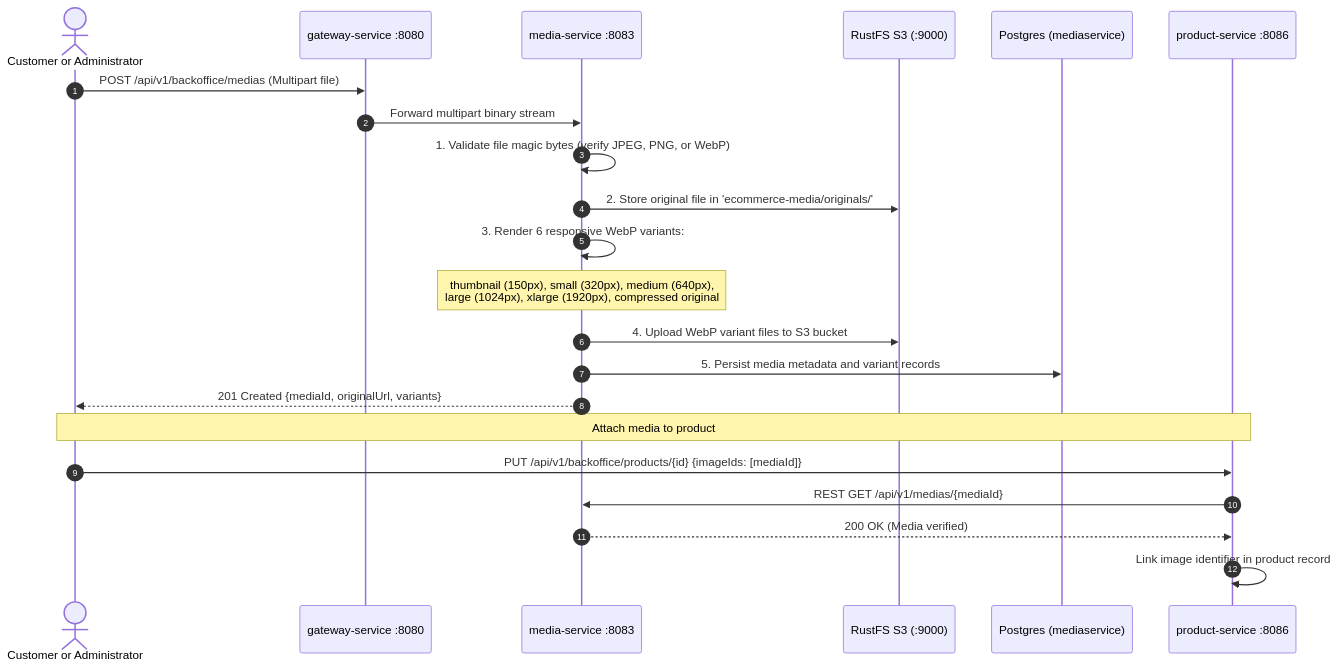
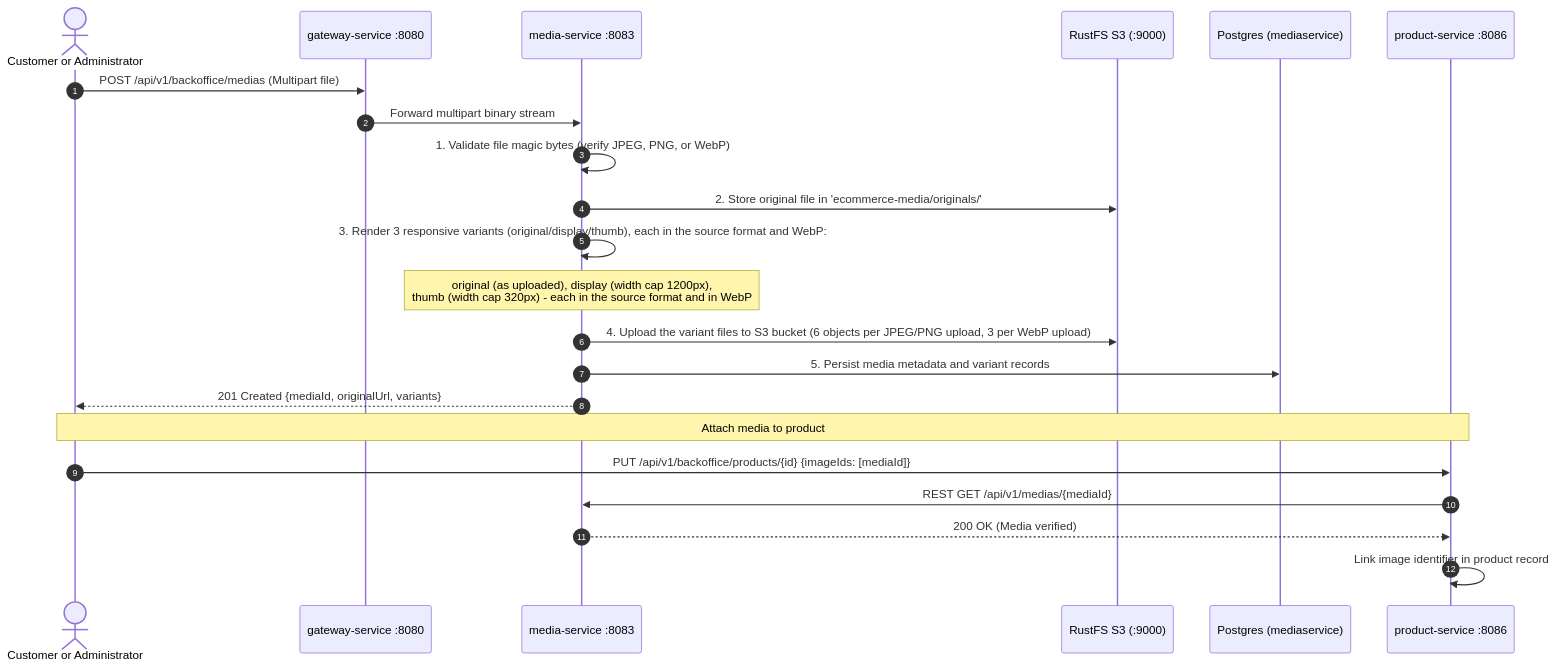
Before and after one commit to tonminhce/petproject: the fourth of 10 diagrams in README.md, drawn with Mermaid. The commit also changed other lines of this file and 20 other files, not shown here.

````diff
--- a/README.md
+++ b/README.md
@@ -270,26 +270,26 @@
 ```mermaid
 sequenceDiagram
     autonumber
     actor Client as Customer or Administrator
     participant GW as gateway-service :8080
     participant MED as media-service :8083
     participant RUSTFS as RustFS S3 (:9000)
     participant DB as Postgres (mediaservice)
     participant PRD as product-service :8086
 
     Client->>GW: POST /api/v1/backoffice/medias (Multipart file)
     GW->>MED: Forward multipart binary stream
     MED->>MED: 1. Validate file magic bytes (verify JPEG, PNG, or WebP)
     MED->>RUSTFS: 2. Store original file in 'ecommerce-media/originals/'
-    MED->>MED: 3. Render 6 responsive WebP variants:
-    Note over MED: thumbnail (150px), small (320px), medium (640px),<br/>large (1024px), xlarge (1920px), compressed original
-    MED->>RUSTFS: 4. Upload WebP variant files to S3 bucket
+    MED->>MED: 3. Render 3 responsive variants (original/display/thumb), each in the source format and WebP:
+    Note over MED: original (as uploaded), display (width cap 1200px),<br/>thumb (width cap 320px) - each in the source format and in WebP
+    MED->>RUSTFS: 4. Upload the variant files to S3 bucket (6 objects per JPEG/PNG upload, 3 per WebP upload)
     MED->>DB: 5. Persist media metadata and variant records
     MED-->>Client: 201 Created {mediaId, originalUrl, variants}
     
     Note over Client,PRD: Attach media to product
     Client->>PRD: PUT /api/v1/backoffice/products/{id} {imageIds: [mediaId]}
     PRD->>MED: REST GET /api/v1/medias/{mediaId}
     MED-->>PRD: 200 OK (Media verified)
     PRD->>PRD: Link image identifier in product record
 ```
````
